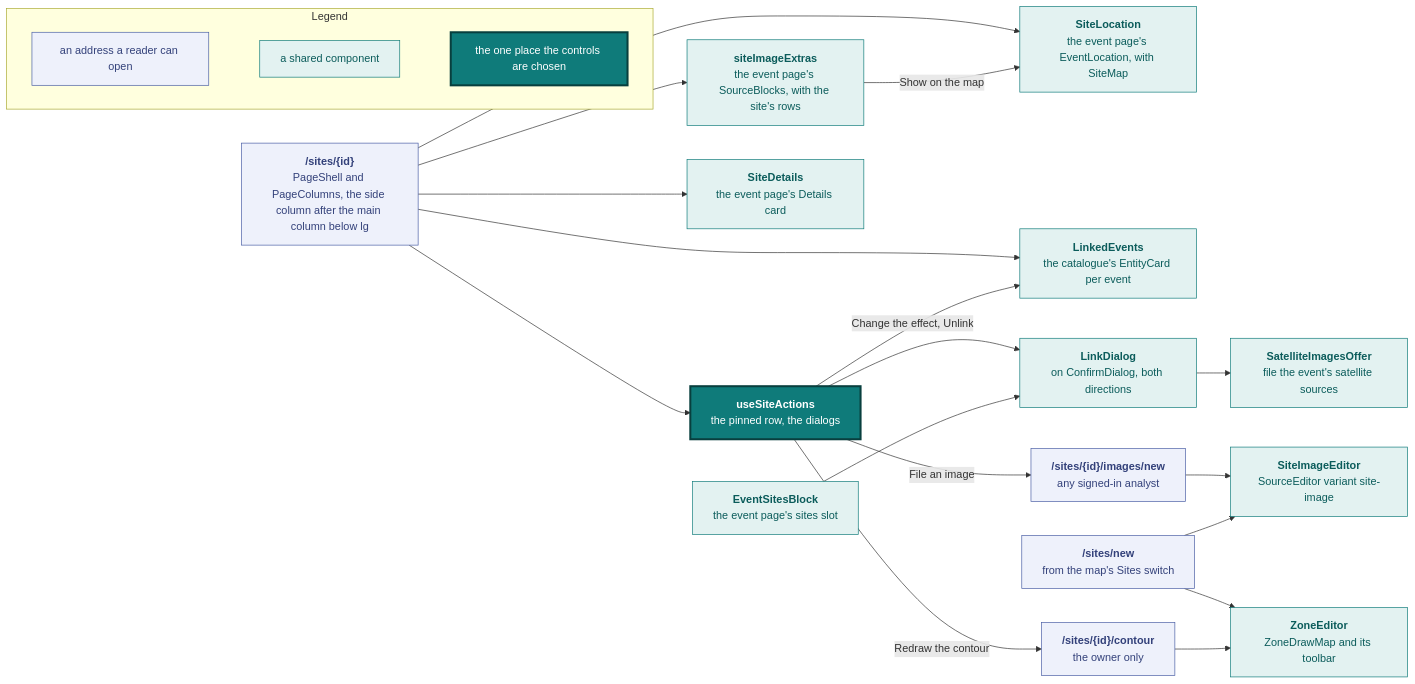
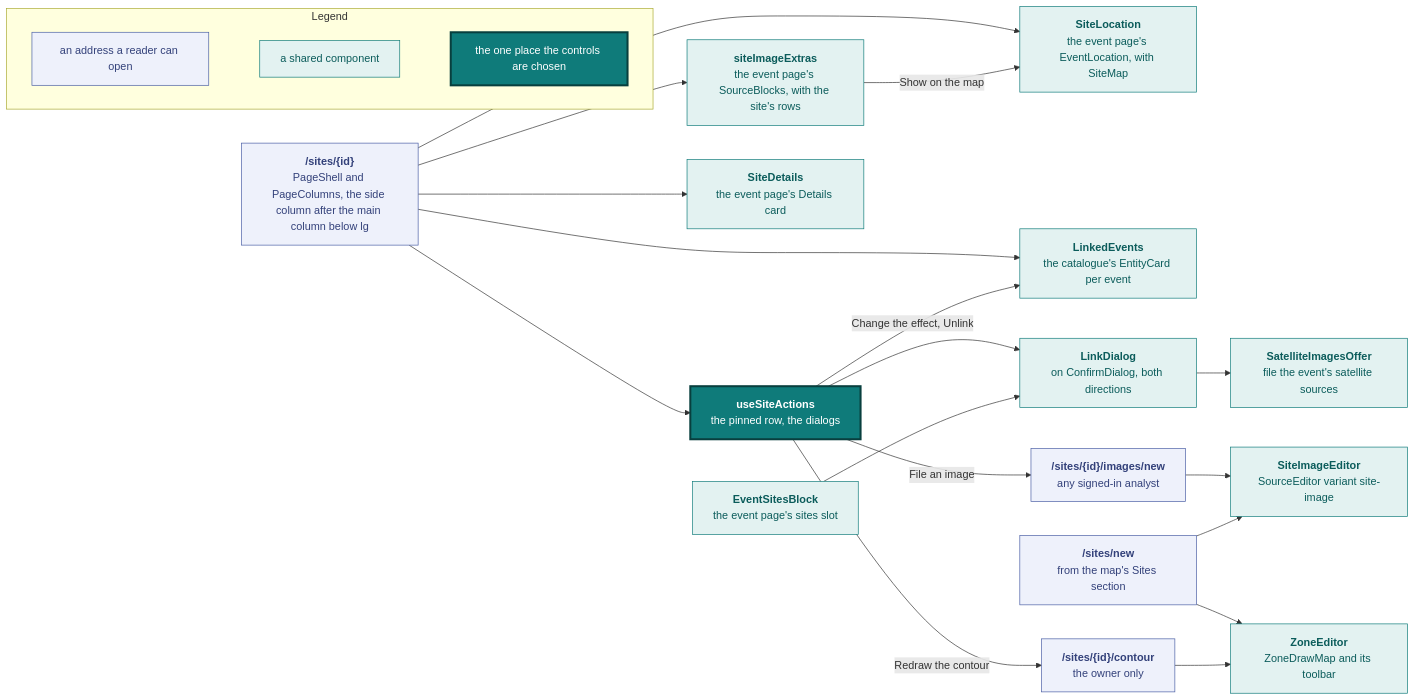
Before and after one commit to vidithq/vidit: diagram 15 of 17 in docs/design.md, drawn with Mermaid. The commit also changed other lines of this file and 4 other files, not shown here.

First line of the commit message:
feat(map): move the sites switch into the map filter panel (#720)

````diff
--- a/docs/design.md
+++ b/docs/design.md
@@ -1527,60 +1528,60 @@
 ```mermaid
 flowchart LR
   classDef spec fill:#eef1fb,stroke:#4a5fa5,color:#33417a
   classDef shared fill:#e3f2f1,stroke:#0f7b7a,color:#0b5c5b
   classDef core fill:#0f7b7a,stroke:#083f3e,stroke-width:3px,color:#ffffff
 
   subgraph legend [Legend]
     direction LR
     l1["`an address a reader can open`"]:::spec
     l2["`a shared component`"]:::shared
     l3["`the one place the controls are chosen`"]:::core
     l1 ~~~ l2 ~~~ l3
   end
 
   page["`**/sites/{id}**
   PageShell and PageColumns, the side column after the main column below lg`"]:::spec
   actions["`**useSiteActions**
   the pinned row, the dialogs`"]:::core
   card["`**siteImageExtras**
   the event page's SourceBlocks, with the site's rows`"]:::shared
   zone["`**SiteLocation**
   the event page's EventLocation, with SiteMap`"]:::shared
   details["`**SiteDetails**
   the event page's Details card`"]:::shared
   linked["`**LinkedEvents**
   the catalogue's EntityCard per event`"]:::shared
   dialog["`**LinkDialog**
   on ConfirmDialog, both directions`"]:::shared
   offer["`**SatelliteImagesOffer**
   file the event's satellite sources`"]:::shared
   file["`**/sites/{id}/images/new**
   any signed-in analyst`"]:::spec
   contour["`**/sites/{id}/contour**
   the owner only`"]:::spec
   create["`**/sites/new**
-  from the map's Sites switch`"]:::spec
+  from the map's Sites section`"]:::spec
   imageed["`**SiteImageEditor**
   SourceEditor variant site-image`"]:::shared
   zoneed["`**ZoneEditor**
   ZoneDrawMap and its toolbar`"]:::shared
   event["`**EventSitesBlock**
   the event page's sites slot`"]:::shared
 
   page --> actions
   page --> card
   page --> zone
   page --> details
   page --> linked
   card -->|"Show on the map"| zone
   actions -->|"Change the effect, Unlink"| linked
   actions --> dialog
   event --> dialog
   dialog --> offer
   actions -->|"File an image"| file
   actions -->|"Redraw the contour"| contour
   file --> imageed
   create --> imageed
   create --> zoneed
   contour --> zoneed
 ```
````
